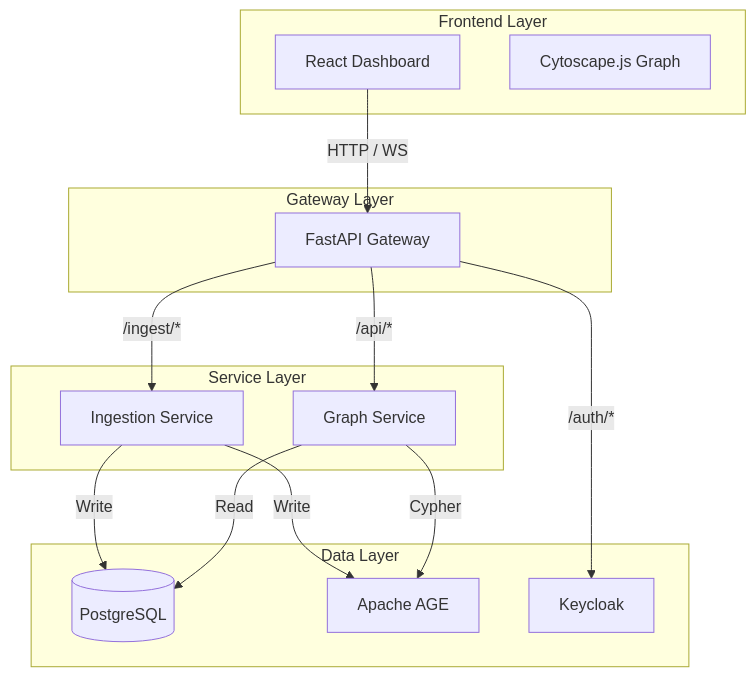
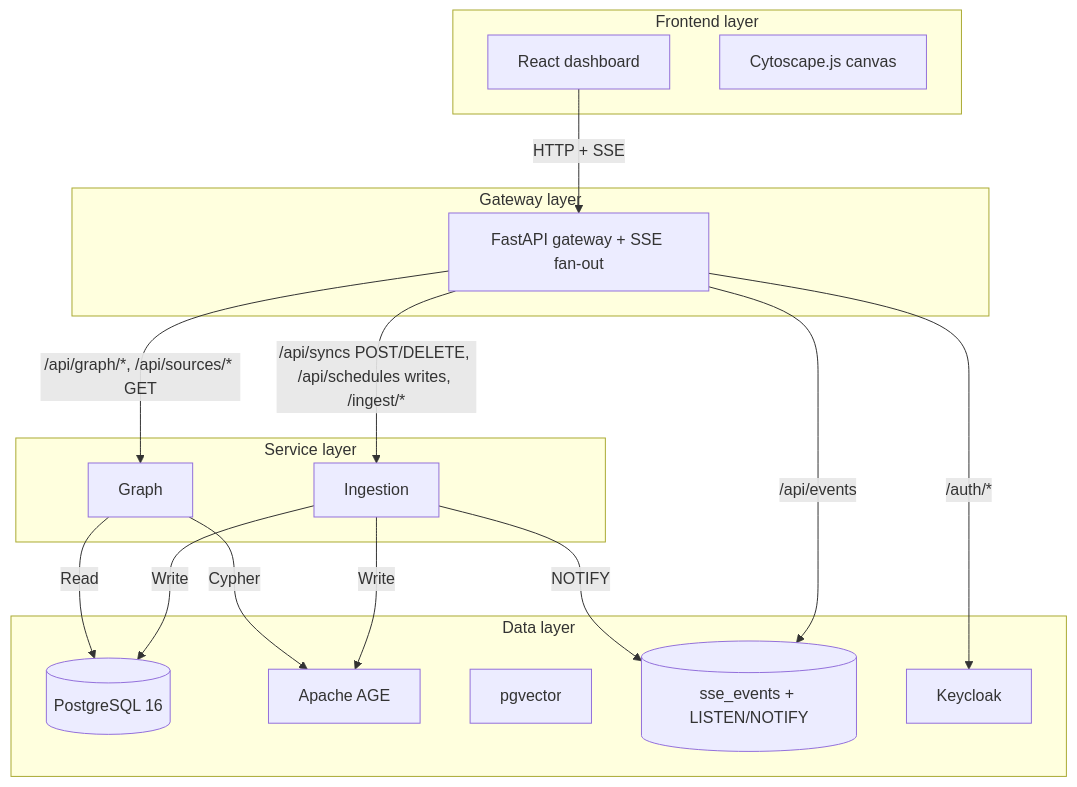
The diagram in docs/system-design/index.md (invariantcontinuum/substrate), drawn with Mermaid before and after one commit. The commit also changed other lines of this file and 11 other files, not shown here.

Commit message:
docs: rewrite architecture and system-design docs for single-db, sse-only, ast chunker, enriched summary

````diff
--- a/docs/system-design/index.md
+++ b/docs/system-design/index.md
@@ -9,33 +9,37 @@
 ```mermaid
 flowchart TB
-    subgraph Frontend["Frontend Layer"]
-        UI[React Dashboard]
-        CY[Cytoscape.js Graph]
+    subgraph Frontend["Frontend layer"]
+        UI[React dashboard]
+        CY[Cytoscape.js canvas]
     end
 
-    subgraph Gateway["Gateway Layer"]
-        GW[FastAPI Gateway]
+    subgraph Gateway["Gateway layer"]
+        GW[FastAPI gateway + SSE fan-out]
     end
 
-    subgraph Services["Service Layer"]
-        ING[Ingestion Service]
-        GRAPH[Graph Service]
+    subgraph Services["Service layer"]
+        ING[Ingestion]
+        GRAPH[Graph]
     end
 
-    subgraph Data["Data Layer"]
-        PG[(PostgreSQL)]
+    subgraph Data["Data layer"]
+        PG[(PostgreSQL 16)]
         AGE[Apache AGE]
+        VEC[pgvector]
+        SSE[(sse_events + LISTEN/NOTIFY)]
         KC[Keycloak]
     end
 
-    UI -->|HTTP / WS| GW
+    UI -->|HTTP + SSE| GW
 
-    GW -->|/api/*| GRAPH
-    GW -->|/ingest/*| ING
+    GW -->|/api/graph/*, /api/sources/* GET| GRAPH
+    GW -->|/api/syncs POST/DELETE, /api/schedules writes, /ingest/*| ING
     GW -->|/auth/*| KC
+    GW -->|/api/events| SSE
 
     ING -->|Write| PG
     ING -->|Write| AGE
+    ING -->|NOTIFY| SSE
     GRAPH -->|Read| PG
     GRAPH -->|Cypher| AGE
 ```
````
